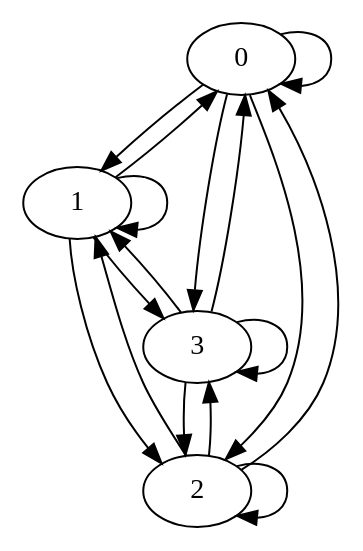
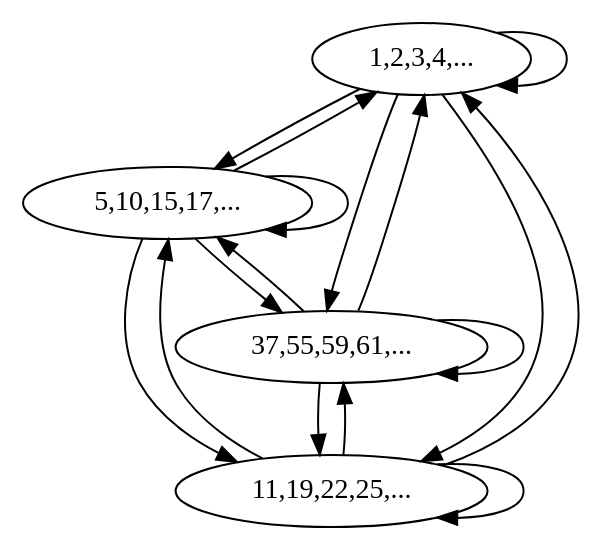
One commit to jwimberley/FiniteFieldCollatz changed the diagram in graph8233_q2a3b1.gv. Above: the diagram before and after it, drawn with Graphviz. The commit also changed 18 other files, not shown here.

```diff
--- a/graph8233_q2a3b1.gv
+++ b/graph8233_q2a3b1.gv
@@ -1,22 +1,22 @@
 digraph G {
-0;
-1;
-2;
-3;
+0[label="1,2,3,4,...", color="black", bgcolor="lightgrey"];
+1[label="5,10,15,17,...", color="black", bgcolor="lightgrey"];
+2[label="11,19,22,25,...", color="black", bgcolor="lightgrey"];
+3[label="37,55,59,61,...", color="black", bgcolor="lightgrey"];
 0->0 ;
+0->1 ;
+0->2 ;
+0->3 ;
 1->0 ;
+1->1 ;
+1->2 ;
+1->3 ;
 2->0 ;
+2->1 ;
+2->2 ;
+2->3 ;
 3->0 ;
-0->1 ;
-1->1 ;
-2->1 ;
 3->1 ;
-0->2 ;
-1->2 ;
-2->2 ;
 3->2 ;
-0->3 ;
-1->3 ;
-2->3 ;
 3->3 ;
 }
```
